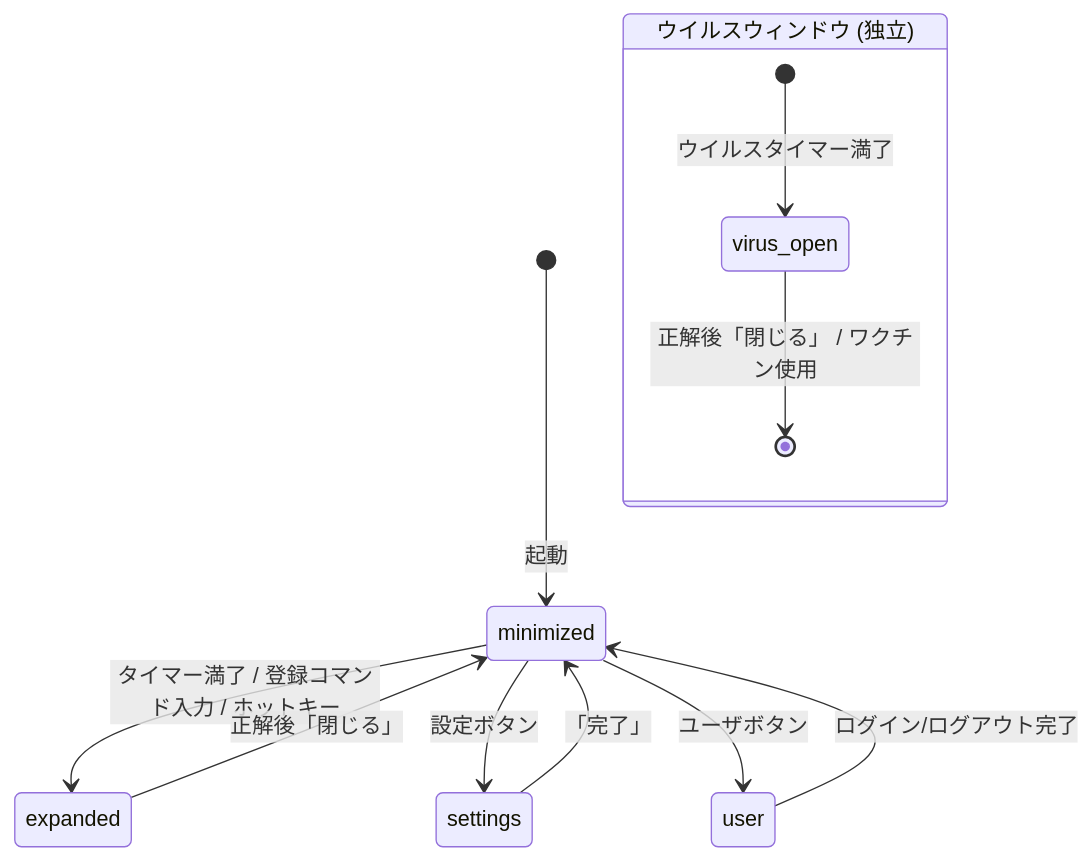
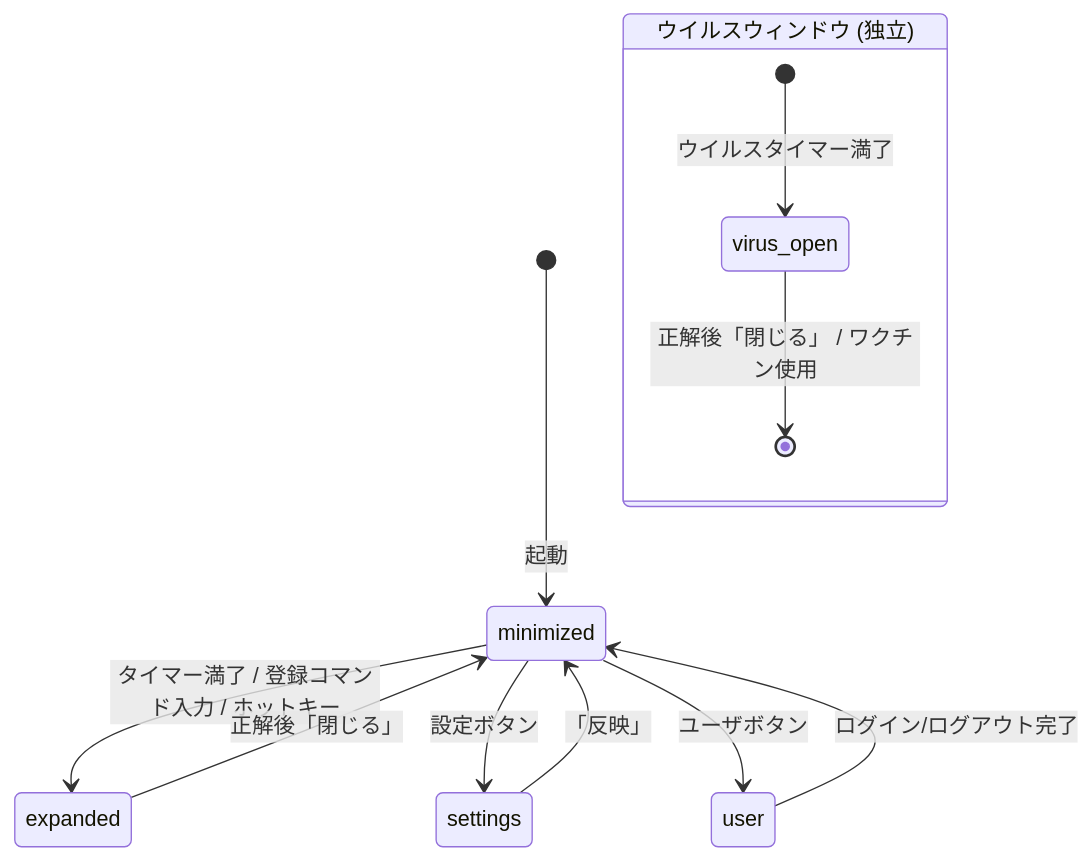
One commit to fu-suke/hack_u_team4 changed the first of 3 diagrams in docs/api_spec_and_flow.md. Above: the diagram before and after it, drawn with Mermaid. The commit also changed 12 other files, not shown here.

````diff
--- a/docs/api_spec_and_flow.md
+++ b/docs/api_spec_and_flow.md
@@ -24,17 +24,17 @@
 ```mermaid
 stateDiagram-v2
     [*] --> minimized: 起動
 
     minimized --> expanded: タイマー満了 / 登録コマンド入力 / ホットキー
     minimized --> settings: 設定ボタン
     minimized --> user: ユーザボタン
 
     expanded --> minimized: 正解後「閉じる」
-    settings --> minimized: 「完了」
+    settings --> minimized: 「反映」
     user --> minimized: ログイン/ログアウト完了
 
     state "ウイルスウィンドウ (独立)" as virus {
         [*] --> virus_open: ウイルスタイマー満了
         virus_open --> [*]: 正解後「閉じる」 / ワクチン使用
     }
 ```
````
